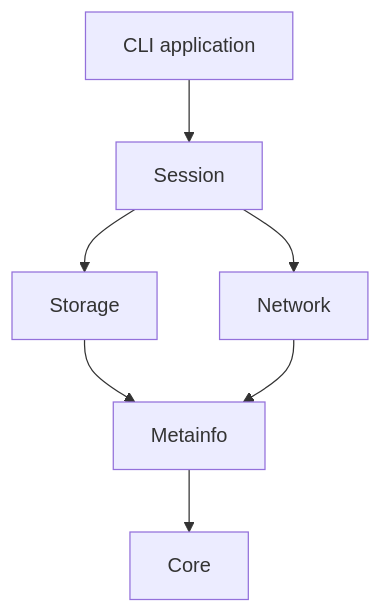
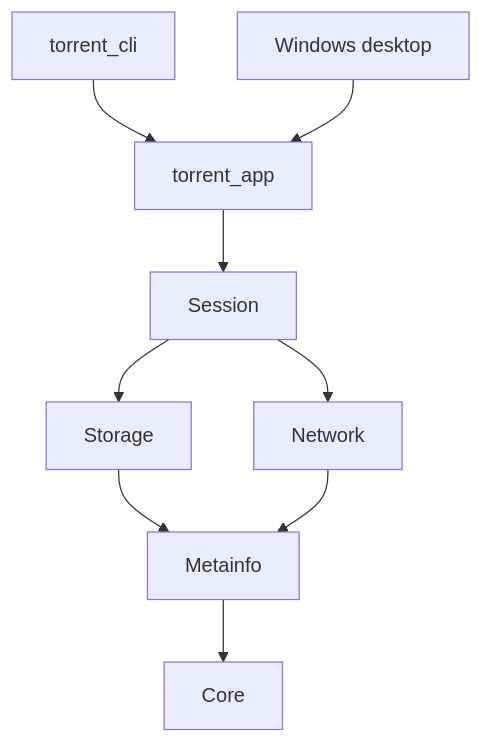
Before and after one commit to stockman2836/torrent: the diagram in docs/architecture.md, drawn with Mermaid. The commit also changed other lines of this file and 33 other files, not shown here.

````diff
--- a/docs/architecture.md
+++ b/docs/architecture.md
@@ -25,9 +26,11 @@
 ```mermaid
 flowchart TD
-    App[CLI application] --> Session
+    CLI[torrent_cli] --> App[torrent_app]
+    Desktop[Windows desktop] --> App
+    App --> Session
     Session --> Storage
     Session --> Network
     Storage --> Metainfo
     Network --> Metainfo
     Metainfo --> Core
 ```
````
